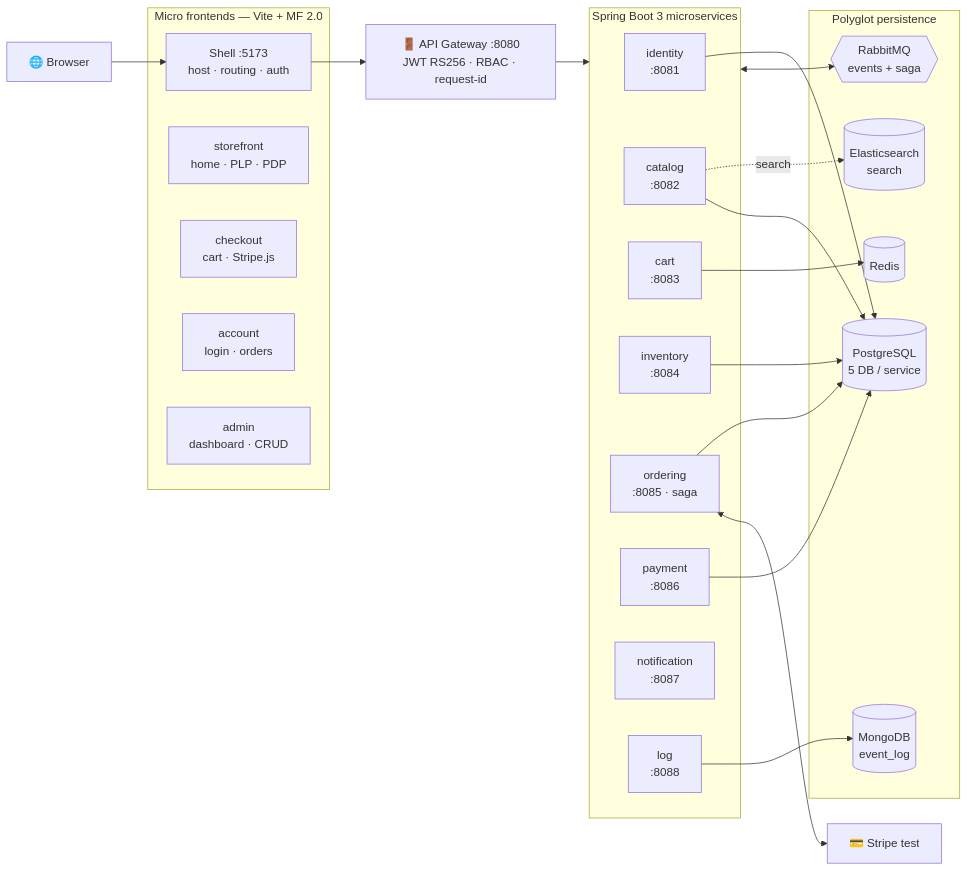
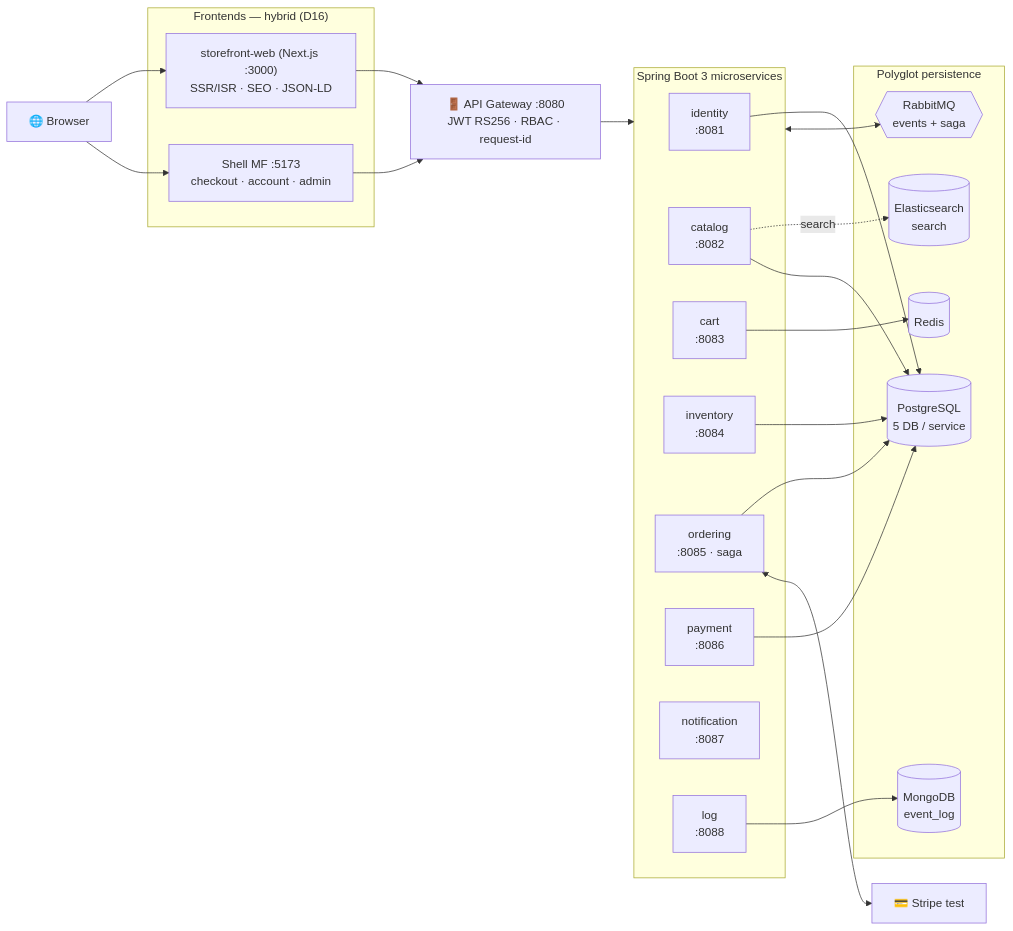
One commit to wakii-dev/ecommerce changed the diagram in README.md. Above: the diagram before and after it, drawn with Mermaid. The commit also changed other lines of this file and 7 other files, not shown here.

Commit message:
docs: D16 Next.js SSR storefront for SEO (hybrid: Next public pages + Vite MF app pages) + SEO override fields

````diff
--- a/README.md
+++ b/README.md
@@ -19,40 +19,39 @@
 ```mermaid
 flowchart LR
     B["🌐 Browser"]
-    subgraph FE["Micro frontends — Vite + MF 2.0"]
-        SHELL["Shell :5173<br/>host · routing · auth"]
-        SF["storefront<br/>home · PLP · PDP"]
-        CK["checkout<br/>cart · Stripe.js"]
-        AC["account<br/>login · orders"]
-        AD["admin<br/>dashboard · CRUD"]
+    subgraph FE["Frontends — hybrid (D16)"]
+        NW["storefront-web (Next.js :3000)<br/>SSR/ISR · SEO · JSON-LD"]
+        SHELL["Shell MF :5173<br/>checkout · account · admin"]
     end
     GW["🚪 API Gateway :8080<br/>JWT RS256 · RBAC · request-id"]
     subgraph SVC["Spring Boot 3 microservices"]
         ID["identity<br/>:8081"]
         CAT["catalog<br/>:8082"]
         CART["cart<br/>:8083"]
         INV["inventory<br/>:8084"]
         ORD["ordering<br/>:8085 · saga"]
         PAY["payment<br/>:8086"]
         NOTI["notification<br/>:8087"]
         LOG["log<br/>:8088"]
     end
     subgraph DS["Polyglot persistence"]
         PG[("PostgreSQL<br/>5 DB / service")]
         RD[("Redis")]
         ES[("Elasticsearch<br/>search")]
         MO[("MongoDB<br/>event_log")]
         MQ{{"RabbitMQ<br/>events + saga"}}
     end
     STR["💳 Stripe test"]
 
+    B --> NW
     B --> SHELL
+    NW --> GW
     SHELL --> GW
     GW --> SVC
     CAT -.search.-> ES
     ID & CAT & INV & ORD & PAY --> PG
     CART --> RD
     LOG --> MO
     SVC <--> MQ
     ORD <--> STR
 ```
````
